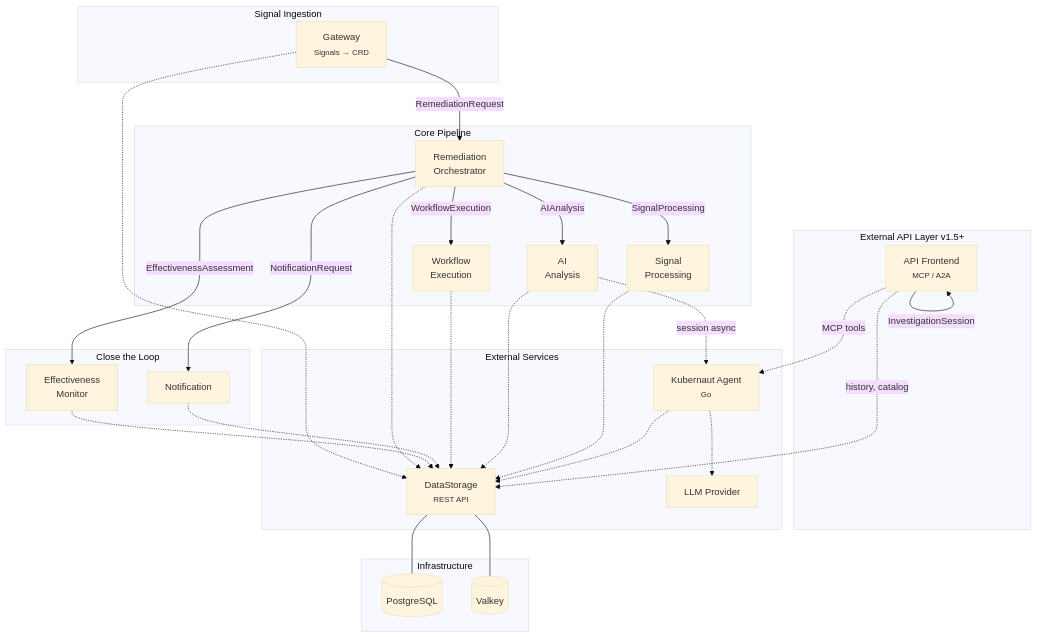
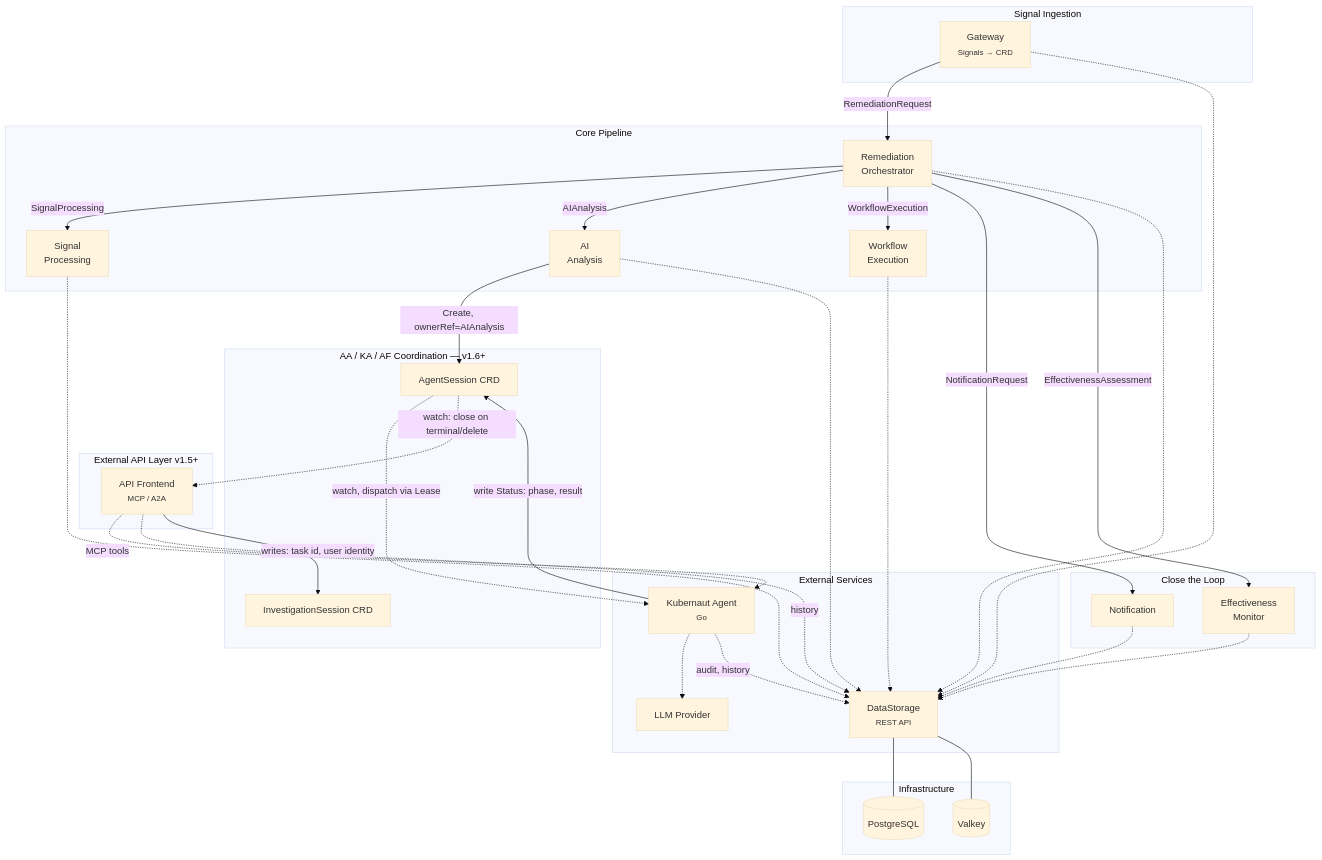
One commit to jordigilh/kubernaut-docs changed the diagram in docs/architecture/overview.md. Above: the diagram before and after it, drawn with Mermaid (base theme). The commit also changed other lines of this file and 16 other files, not shown here.

````diff
--- a/docs/architecture/overview.md
+++ b/docs/architecture/overview.md
@@ -76,59 +77,67 @@
 ```mermaid
 graph TB
     subgraph Ingress["Signal Ingestion"]
         GW[Gateway<br/><small>Signals → CRD</small>]
     end
 
     subgraph External_API["External API Layer v1.5+"]
         AF[API Frontend<br/><small>MCP / A2A</small>]
     end
 
     subgraph Core["Core Pipeline"]
         RO[Remediation<br/>Orchestrator]
         SP[Signal<br/>Processing]
         AA[AI<br/>Analysis]
         WE[Workflow<br/>Execution]
     end
 
     subgraph Closing["Close the Loop"]
         NF[Notification]
         EM[Effectiveness<br/>Monitor]
     end
 
     subgraph External["External Services"]
         KA[Kubernaut Agent<br/><small>Go</small>]
         DS[DataStorage<br/><small>REST API</small>]
         LLM[LLM Provider]
     end
 
+    subgraph SessionCRDs["AA / KA / AF Coordination — v1.6+"]
+        AS[AgentSession CRD]
+        IS[InvestigationSession CRD]
+    end
+
     subgraph Infra["Infrastructure"]
         PG[(PostgreSQL)]
         RD[(Valkey)]
     end
 
     AF -.->|MCP tools| KA
-    AF -.->|history, catalog| DS
-    AF -->|InvestigationSession| AF
+    AF -.->|history| DS
 
     GW -->|RemediationRequest| RO
     RO -->|SignalProcessing| SP
     RO -->|AIAnalysis| AA
     RO -->|WorkflowExecution| WE
     RO -->|NotificationRequest| NF
     RO -->|EffectivenessAssessment| EM
 
-    AA -.->|session async| KA
+    AA -->|Create, ownerRef=AIAnalysis| AS
+    AS -.->|watch, dispatch via Lease| KA
+    KA -->|write Status: phase, result| AS
+    AS -.->|watch: close on terminal/delete| AF
+    AF -->|writes: task id, user identity| IS
     KA -.-> LLM
-    KA -.-> DS
+    KA -.->|audit, history| DS
 
     SP -.-> DS
     AA -.-> DS
     WE -.-> DS
     NF -.-> DS
     EM -.-> DS
     RO -.-> DS
     GW -.-> DS
 
     DS --- PG
     DS --- RD
 ```
````
